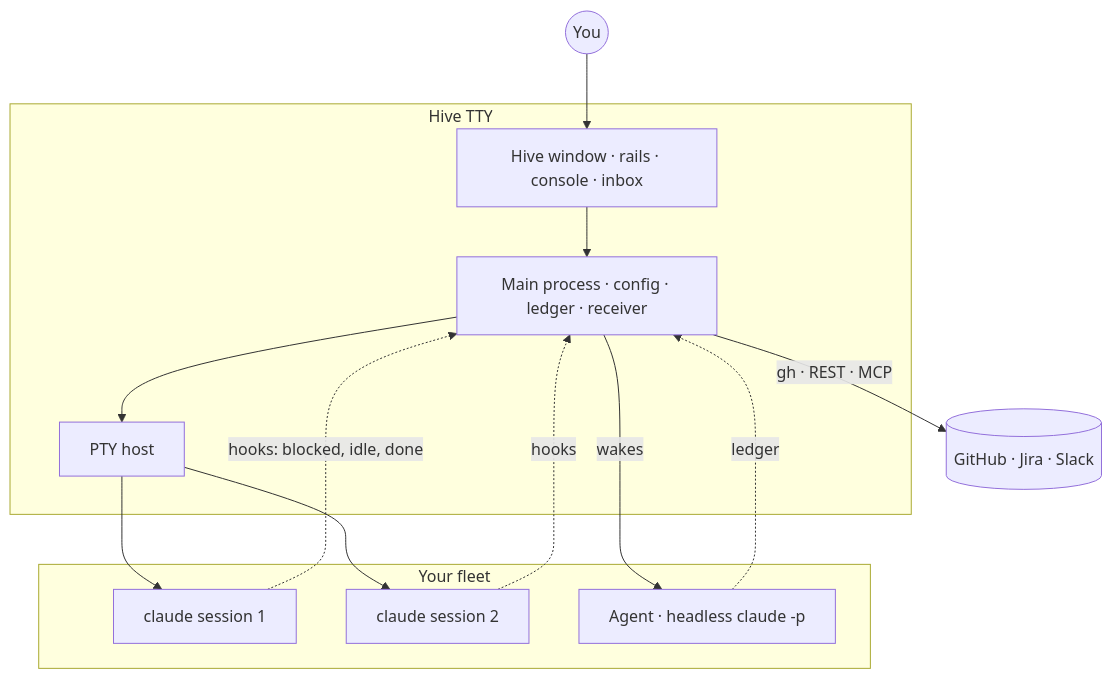
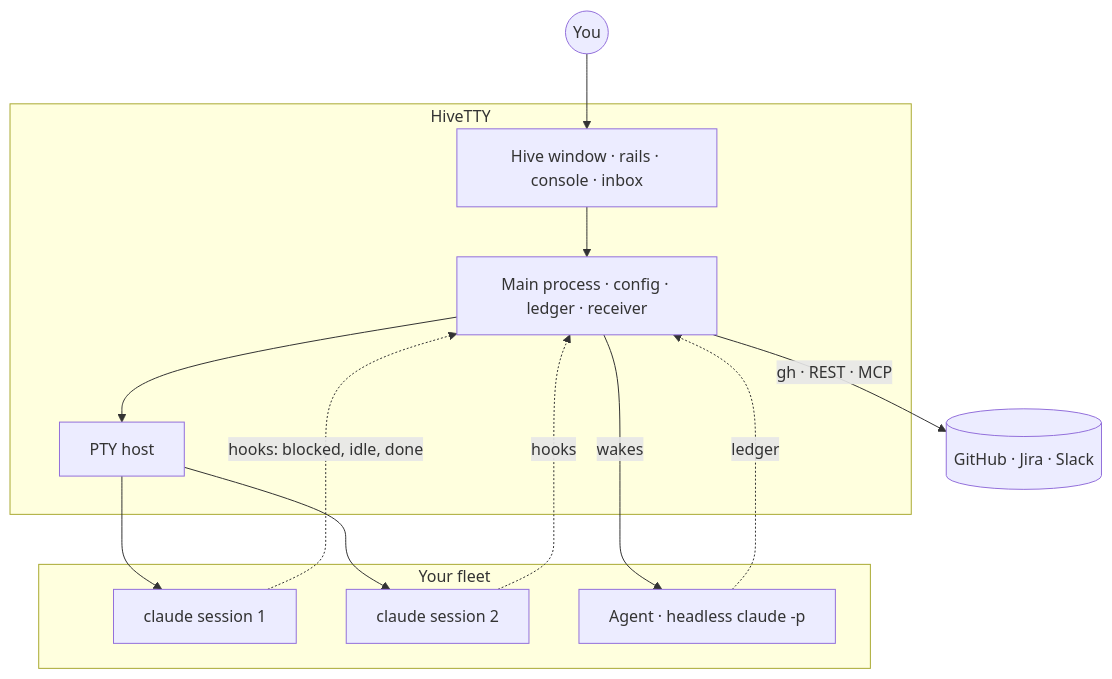
One commit to behiques/hivetty changed the diagram in docs/assets/diagrams/overview.mmd. Above: the diagram before and after it, drawn with Mermaid. The commit also changed 280 other files, not shown here.

First line of the commit message:
HIVE-242: rename the fork to HiveTTY (#119)

```diff
--- a/docs/assets/diagrams/overview.mmd
+++ b/docs/assets/diagrams/overview.mmd
@@ -1,18 +1,18 @@
 flowchart TB
   you((You)) --> ui[Hive window · rails · console · inbox]
-  subgraph app [Hive TTY]
+  subgraph app [HiveTTY]
     ui --> main[Main process · config · ledger · receiver]
     main --> pty[PTY host]
   end
   subgraph fleet [Your fleet]
     c1[claude session 1]
     c2[claude session 2]
     ag[Agent · headless claude -p]
   end
   pty --> c1
   pty --> c2
   main -->|wakes| ag
   c1 -.->|hooks: blocked, idle, done| main
   c2 -.->|hooks| main
   ag -.->|ledger| main
   main -->|gh · REST · MCP| ext[(GitHub · Jira · Slack)]
```
